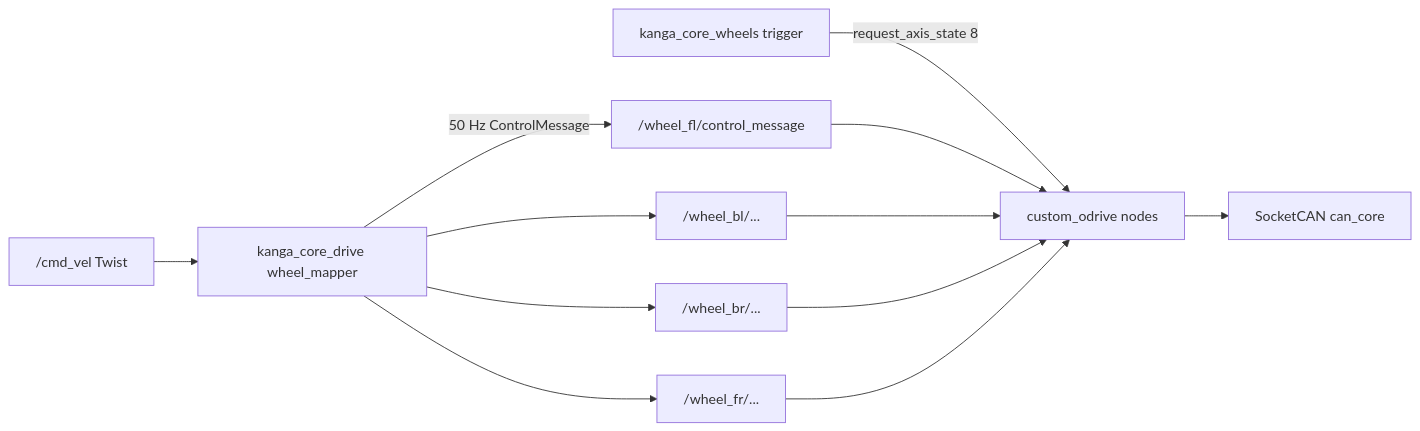
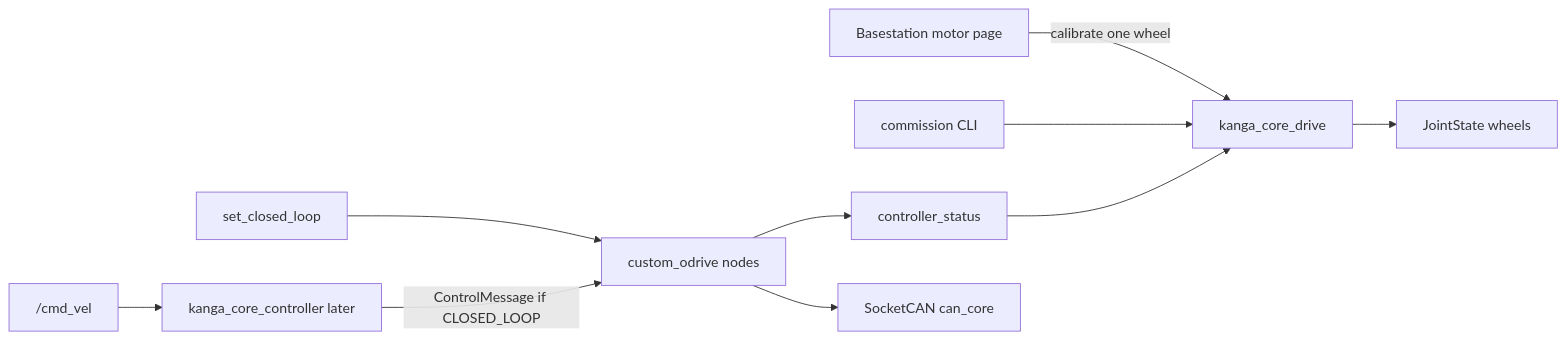
The diagram in docs/migration/core_drive.md (UOW-TronSoc/ARCh-Kanga), drawn with Mermaid before and after one commit. The commit also changed other lines of this file and 29 other files, not shown here.

Commit message:
initial implementation of core drive

````diff
--- a/docs/migration/core_drive.md
+++ b/docs/migration/core_drive.md
@@ -29,14 +29,12 @@
 ```mermaid
 flowchart LR
-  cmdVel["/cmd_vel Twist"] --> mapper["kanga_core_drive wheel_mapper"]
-  mapper -->|"50 Hz ControlMessage"| fl["/wheel_fl/control_message"]
-  mapper --> bl["/wheel_bl/..."]
-  mapper --> br["/wheel_br/..."]
-  mapper --> fr["/wheel_fr/..."]
-  trigger["kanga_core_wheels trigger"] -->|"request_axis_state 8"| nodes["custom_odrive nodes"]
-  fl --> nodes
-  bl --> nodes
-  br --> nodes
-  fr --> nodes
+  web["Basestation motor page"] -->|"calibrate one wheel"| drivePkg["kanga_core_drive"]
+  cliSave["commission CLI"] --> drivePkg
+  trigger["set_closed_loop"] --> nodes["custom_odrive nodes"]
+  cmdVel["/cmd_vel"] --> ctrl["kanga_core_controller later"]
+  ctrl -->|"ControlMessage if CLOSED_LOOP"| nodes
+  nodes --> status["controller_status"]
+  status --> drivePkg
+  drivePkg --> js["JointState wheels"]
   nodes --> can["SocketCAN can_core"]
 ```
````
